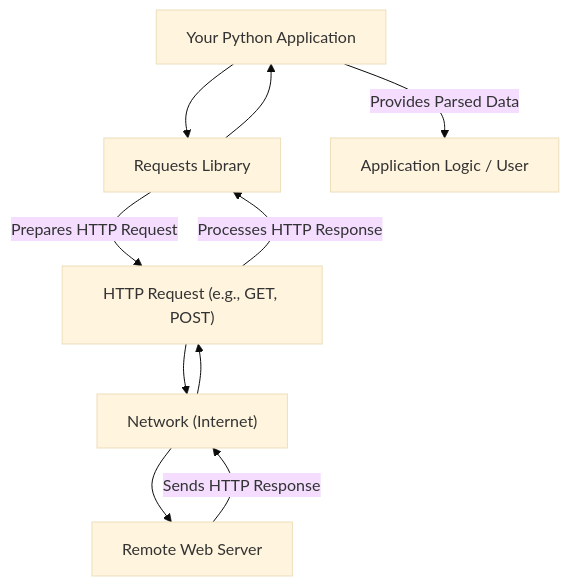
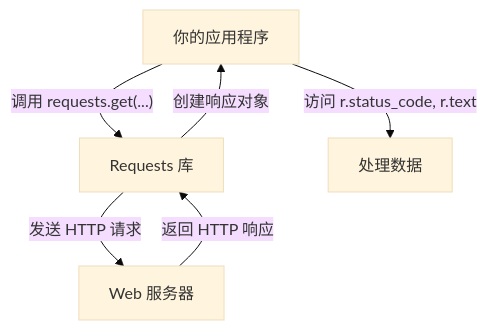
Before and after one commit to lban2049/requests: the diagram in .aigne/doc-smith/docs/overview.zh.md, drawn with Mermaid (base theme). The commit also changed other lines of this file and 69 other files, not shown here.

````diff
--- a/.aigne/doc-smith/docs/overview.zh.md
+++ b/.aigne/doc-smith/docs/overview.zh.md
@@ -21,12 +29,8 @@
 ```mermaid
-graph TD
-    A["Your Python Application"] --> B["Requests Library"];
-    B -- "Prepares HTTP Request" --> C["HTTP Request (e.g., GET, POST)"];
-    C --> D["Network (Internet)"];
-    D --> E["Remote Web Server"];
-    E -- "Sends HTTP Response" --> D;
-    D --> C;
-    C -- "Processes HTTP Response" --> B;
-    B --> A;
-    A -- "Provides Parsed Data" --> F["Application Logic / User"];
+flowchart TD
+    A["你的应用程序"] -- "调用 requests.get(...)" --> B["Requests 库"];
+    B -- "发送 HTTP 请求" --> C["Web 服务器"];
+    C -- "返回 HTTP 响应" --> B;
+    B -- "创建响应对象" --> A;
+    A -- "访问 r.status_code, r.text" --> D["处理数据"];
 ```
````
